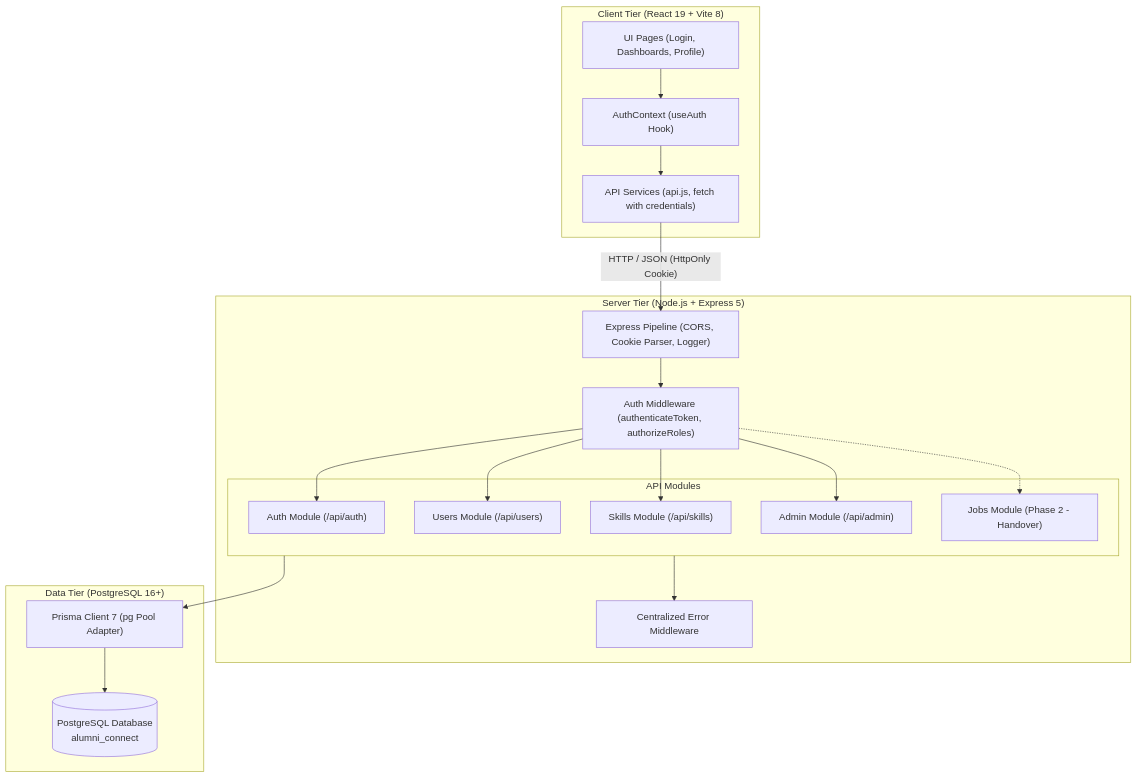
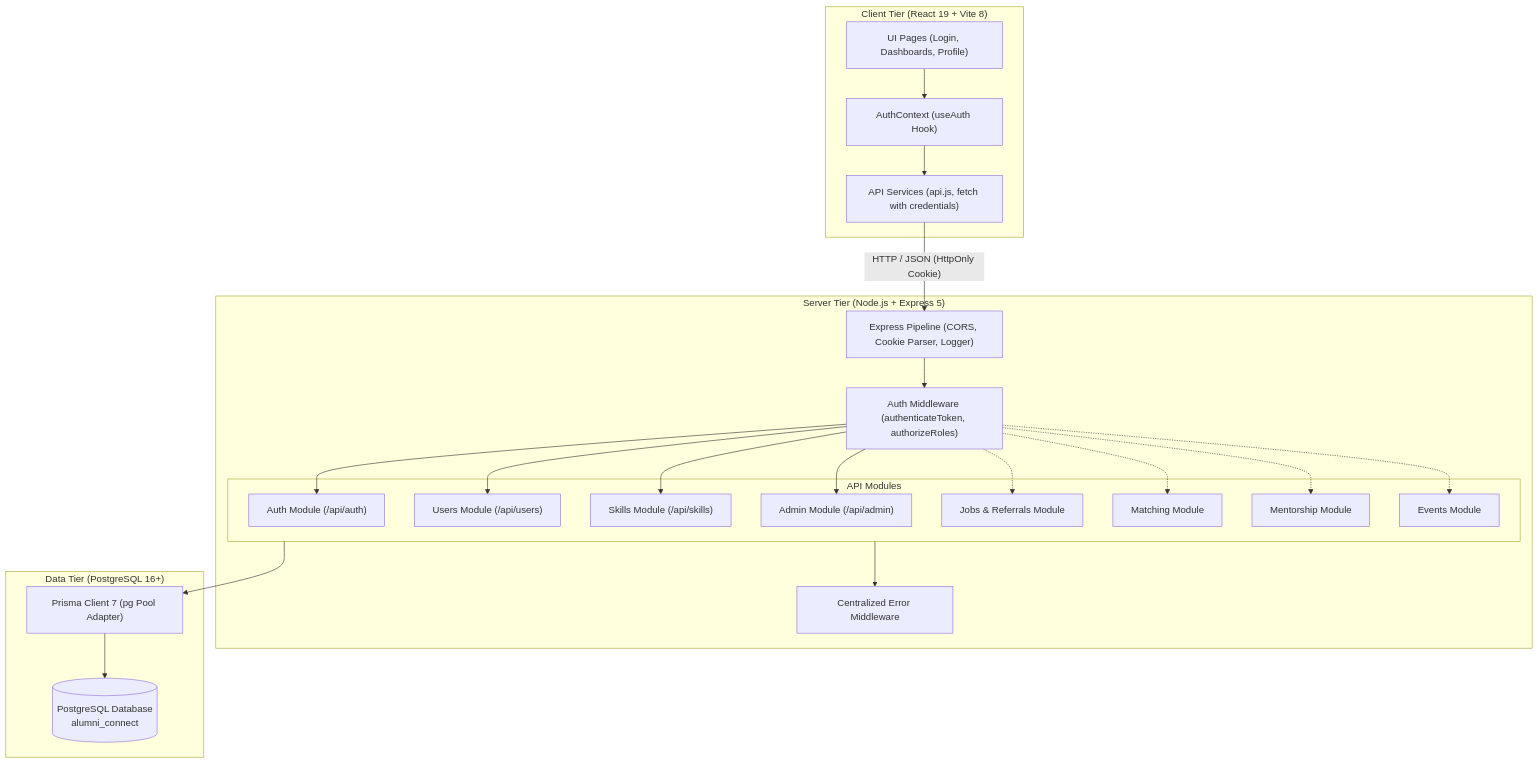
Before and after one commit to Wombatfreak6/AlumniConnect: the first of 3 diagrams in README.md, drawn with Mermaid. The commit also changed other lines of this file and 7 other files, not shown here.

````diff
--- a/README.md
+++ b/README.md
@@ -139,43 +139,49 @@
 ```mermaid
 flowchart TD
     subgraph Client["Client Tier (React 19 + Vite 8)"]
         UI["UI Pages (Login, Dashboards, Profile)"]
         AC["AuthContext (useAuth Hook)"]
         API_SVC["API Services (api.js, fetch with credentials)"]
         UI --> AC
         AC --> API_SVC
     end
 
     subgraph Server["Server Tier (Node.js + Express 5)"]
         APP["Express Pipeline (CORS, Cookie Parser, Logger)"]
         AUTH_MW["Auth Middleware (authenticateToken, authorizeRoles)"]
         
         subgraph Modules["API Modules"]
             M_AUTH["Auth Module (/api/auth)"]
             M_USERS["Users Module (/api/users)"]
             M_SKILLS["Skills Module (/api/skills)"]
             M_ADMIN["Admin Module (/api/admin)"]
-            M_JOBS["Jobs Module (Phase 2 - Handover)"]
+            M_JOBS["Jobs & Referrals Module"]
+            M_NETWORK["Matching Module"]
+            M_MENTOR["Mentorship Module"]
+            M_EVENTS["Events Module"]
         end
         
         ERR_MW["Centralized Error Middleware"]
         
         APP --> AUTH_MW
         AUTH_MW --> M_AUTH
         AUTH_MW --> M_USERS
         AUTH_MW --> M_SKILLS
         AUTH_MW --> M_ADMIN
         AUTH_MW -.-> M_JOBS
+        AUTH_MW -.-> M_NETWORK
+        AUTH_MW -.-> M_MENTOR
+        AUTH_MW -.-> M_EVENTS
         Modules --> ERR_MW
     end
 
     subgraph Database["Data Tier (PostgreSQL 16+)"]
         PRISMA["Prisma Client 7 (pg Pool Adapter)"]
         PG_DB[("PostgreSQL Database\nalumni_connect")]
         
         Modules --> PRISMA
         PRISMA --> PG_DB
     end
 
     API_SVC -- "HTTP / JSON (HttpOnly Cookie)" --> APP
 ```
````
